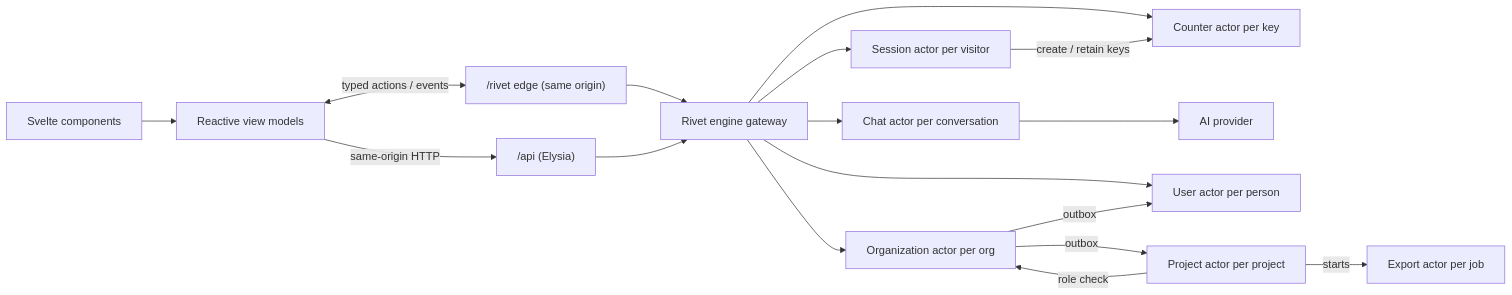
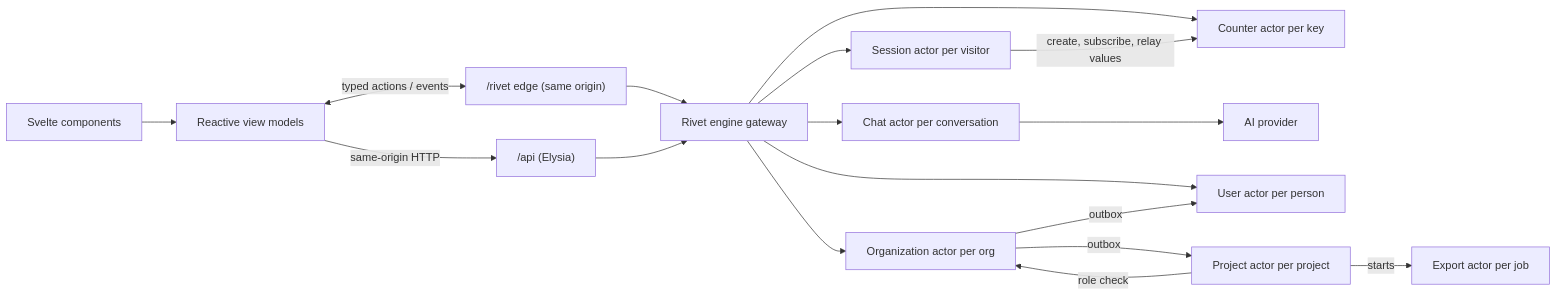
One commit to brittianwarner/rivet-svelte-ai changed the diagram in docs/architecture.md. Above: the diagram before and after it, drawn with Mermaid. The commit also changed other lines of this file and 13 other files, not shown here.

First line of the commit message:
feat: relay counter values through the one session socket

````diff
--- a/docs/architecture.md
+++ b/docs/architecture.md
@@ -3,19 +3,19 @@
 ```mermaid
 flowchart LR
   Page[Svelte components] --> VM[Reactive view models]
   VM <-->|typed actions / events| Edge["/rivet edge (same origin)"]
   VM -->|same-origin HTTP| API["/api (Elysia)"]
   Edge --> Gateway[Rivet engine gateway]
   API --> Gateway
   Gateway --> Counter[Counter actor per key]
   Gateway --> Session[Session actor per visitor]
-  Session -->|create / retain keys| Counter
+  Session -->|create, subscribe, relay values| Counter
   Gateway --> Chat[Chat actor per conversation]
   Chat --> Model[AI provider]
   Gateway --> User[User actor per person]
   Gateway --> Org[Organization actor per org]
   Org -->|outbox| User
   Org -->|outbox| Project[Project actor per project]
   Project -->|role check| Org
   Project -->|starts| Export[Export actor per job]
 ```
````
